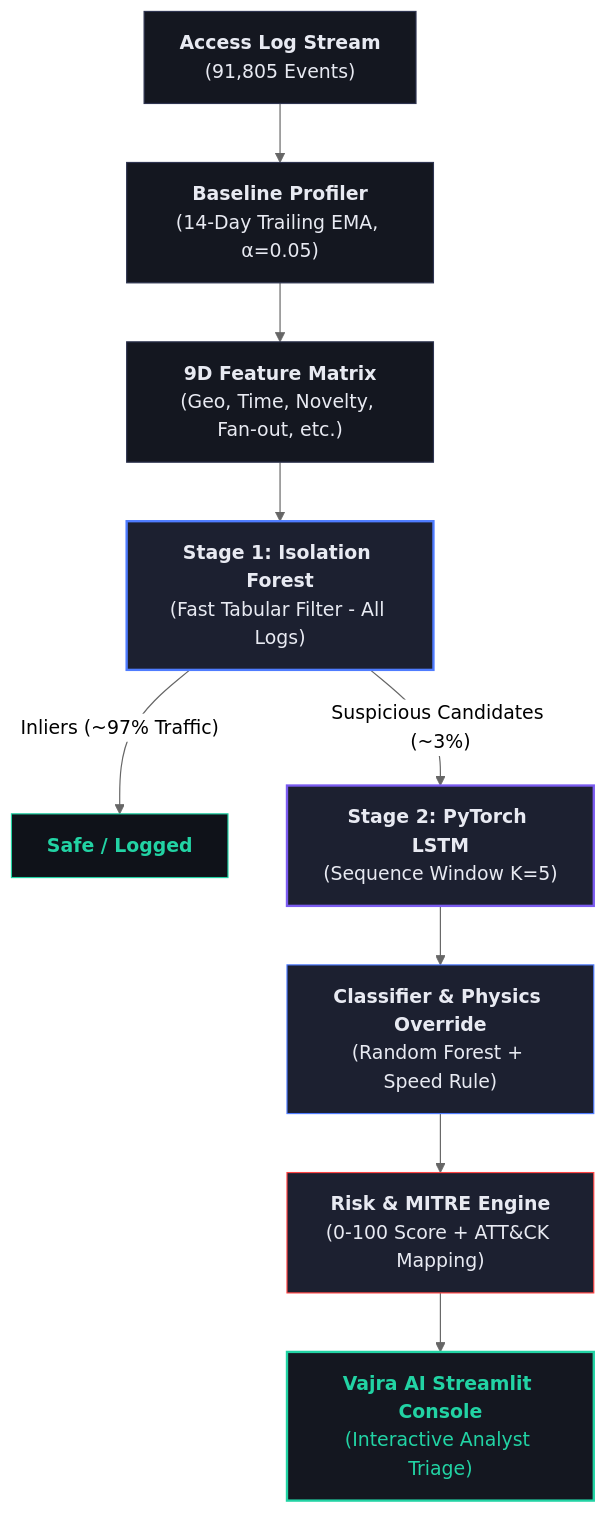
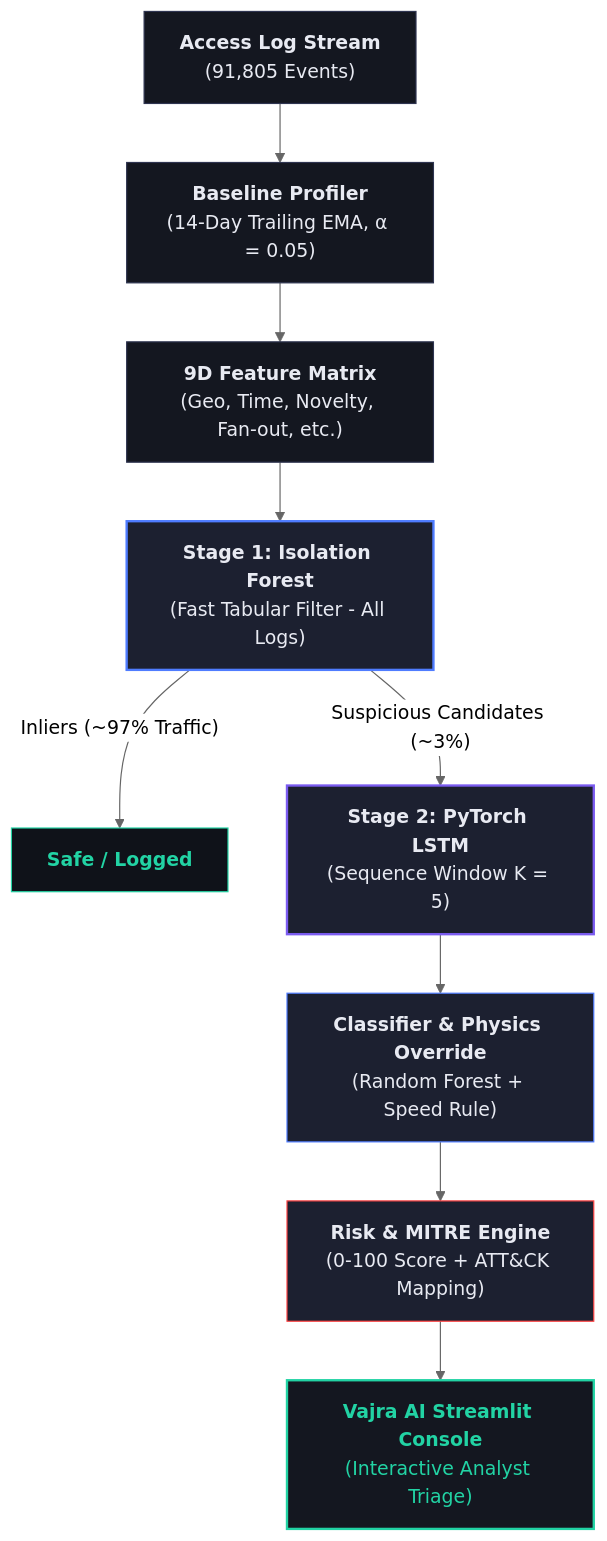
The diagram in README.md (BHAVYA15-lab/Vajra-AI), drawn with Mermaid (neutral theme) before and after one commit. The commit also changed other lines of this file and 2 other files, not shown here.

````diff
--- a/README.md
+++ b/README.md
@@ -86,23 +156,23 @@
 ```mermaid
 graph TD
-    A["<b>Access Log Stream</b><br/>(91,805 Events)"] --> B["<b>Baseline Profiler</b><br/>(14-Day Trailing EMA, α=0.05)"]
+    A["<b>Access Log Stream</b><br/>(91,805 Events)"] --> B["<b>Baseline Profiler</b><br/>(14-Day Trailing EMA, α = 0.05)"]
     B --> C["<b>9D Feature Matrix</b><br/>(Geo, Time, Novelty, Fan-out, etc.)"]
     C --> D["<b>Stage 1: Isolation Forest</b><br/>(Fast Tabular Filter - All Logs)"]
     
     D -- "Inliers (~97% Traffic)" --> E["<b>Safe / Logged</b>"]
-    D -- "Suspicious Candidates (~3%)" --> F["<b>Stage 2: PyTorch LSTM</b><br/>(Sequence Window K=5)"]
+    D -- "Suspicious Candidates (~3%)" --> F["<b>Stage 2: PyTorch LSTM</b><br/>(Sequence Window K = 5)"]
     
     F --> G["<b>Classifier & Physics Override</b><br/>(Random Forest + Speed Rule)"]
     G --> H["<b>Risk & MITRE Engine</b><br/>(0-100 Score + ATT&CK Mapping)"]
     H --> I["<b>Vajra AI Streamlit Console</b><br/>(Interactive Analyst Triage)"]
 
     style A fill:#141720,stroke:#2e3450,stroke-width:1px,color:#e8eaf2
     style B fill:#141720,stroke:#2e3450,stroke-width:1px,color:#e8eaf2
     style C fill:#141720,stroke:#2e3450,stroke-width:1px,color:#e8eaf2
     style D fill:#1c2030,stroke:#4f7cff,stroke-width:2px,color:#e8eaf2
     style E fill:#0f1219,stroke:#22d3a4,stroke-width:1px,color:#22d3a4
     style F fill:#1c2030,stroke:#7b5cf0,stroke-width:2px,color:#e8eaf2
     style G fill:#1c2030,stroke:#4f7cff,stroke-width:1px,color:#e8eaf2
     style H fill:#1c2030,stroke:#ff4444,stroke-width:1px,color:#e8eaf2
     style I fill:#141720,stroke:#22d3a4,stroke-width:2px,color:#22d3a4
 ```
````
